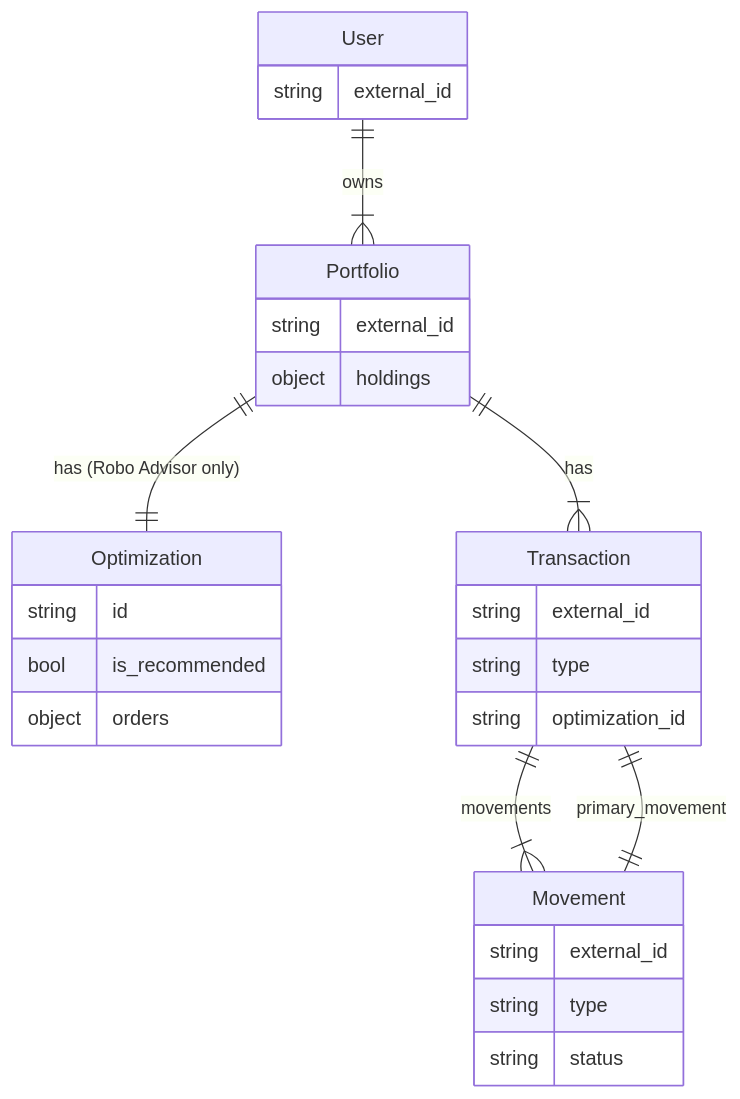
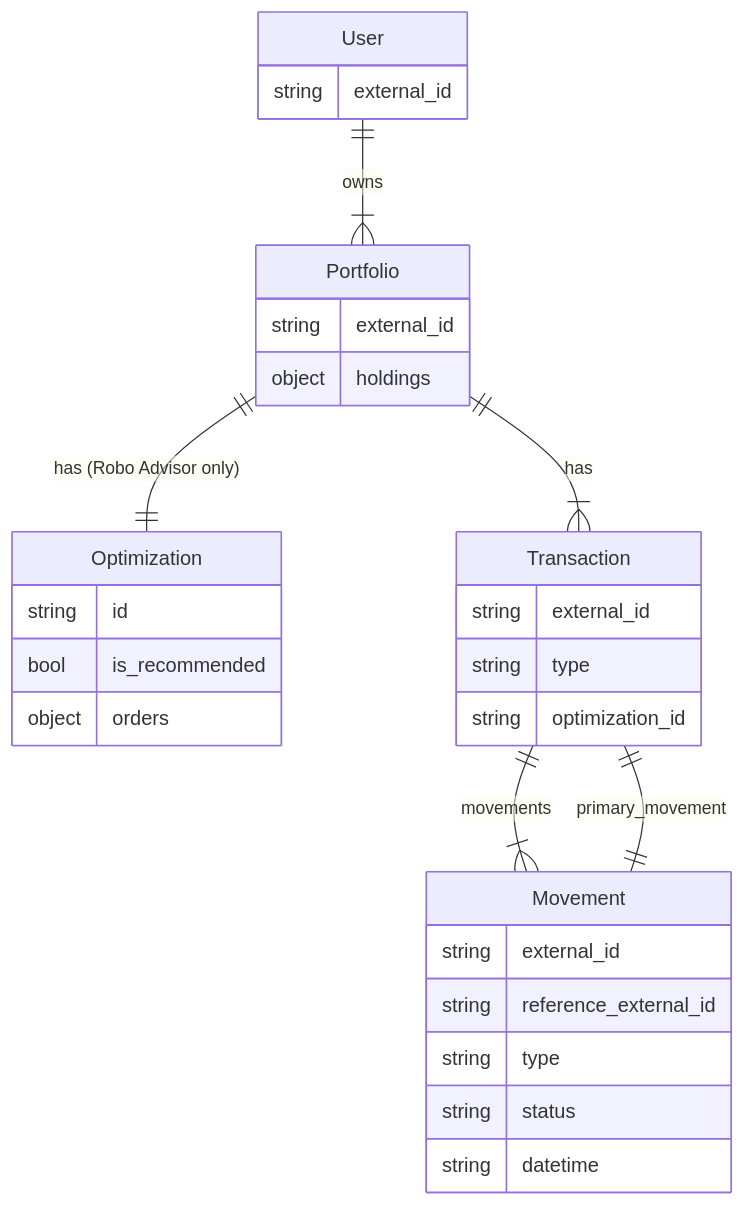
The first of 2 diagrams in docs/concepts/transactions.md (arcilli/investsuite-api-docs), drawn with Mermaid before and after one commit. The commit also changed other lines of this file, not shown here.

Commit message:
fix(RI-6246): updated example, ER diagram, reworded correct usage

````diff
--- a/docs/concepts/transactions.md
+++ b/docs/concepts/transactions.md
@@ -19,31 +19,33 @@
 ```mermaid
 erDiagram
     User {
         string external_id
     }
     Portfolio {
         string external_id
         object holdings
     }
     Optimization {
         string id
         bool is_recommended
         object orders
     }
     Transaction {
         string external_id
         string type
         string optimization_id
     }
     Movement {
         string external_id
+        string reference_external_id
         string type
         string status
+        string datetime
     }
 
     User ||--|{ Portfolio: owns
     Portfolio ||--|| Optimization: "has (Robo Advisor only)"
     Portfolio ||--|{ Transaction: has
     Transaction ||--|{ Movement: movements
     Transaction ||--|| Movement: primary_movement
 ```
````
